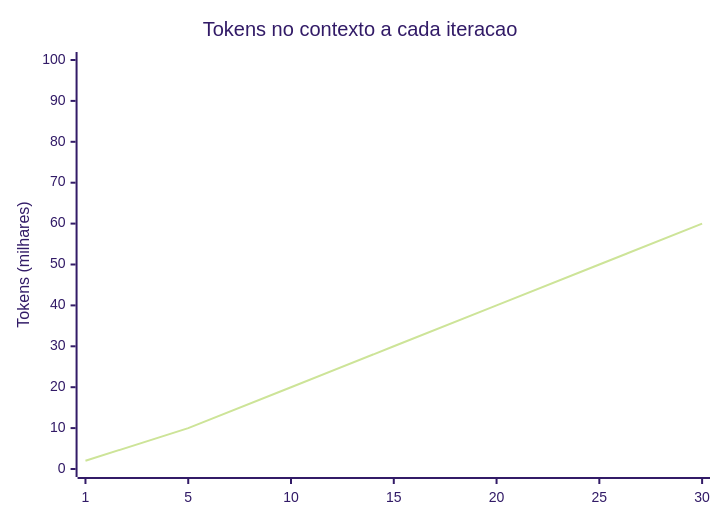
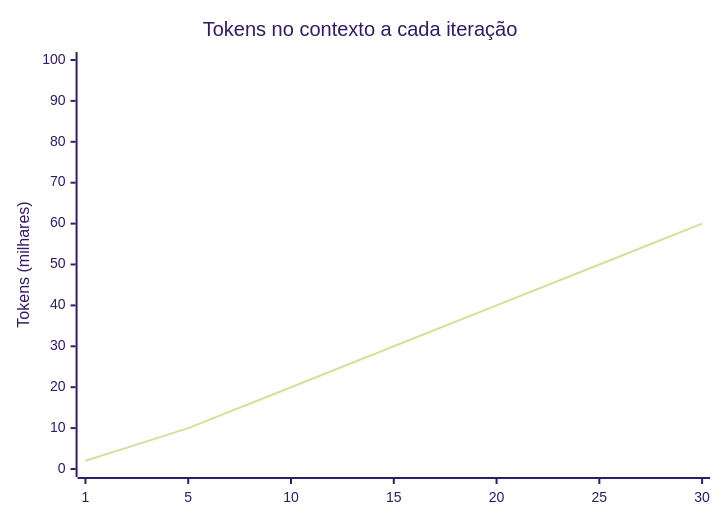
The second of 2 diagrams in src/content/articles/agentes-ia-e-loop-engineering.md (alicino/kb-blog), drawn with Mermaid (forest theme) before and after one commit. The commit also changed other lines of this file and 7 other files, not shown here.

````diff
--- a/src/content/articles/agentes-ia-e-loop-engineering.md
+++ b/src/content/articles/agentes-ia-e-loop-engineering.md
@@ -107,7 +107,7 @@
 ```mermaid
 xychart-beta
-    title "Tokens no contexto a cada iteracao"
+    title "Tokens no contexto a cada iteração"
     x-axis ["1", "5", "10", "15", "20", "25", "30"]
     y-axis "Tokens (milhares)" 0 --> 100
     line [2, 10, 20, 30, 40, 50, 60]
 ```
````
